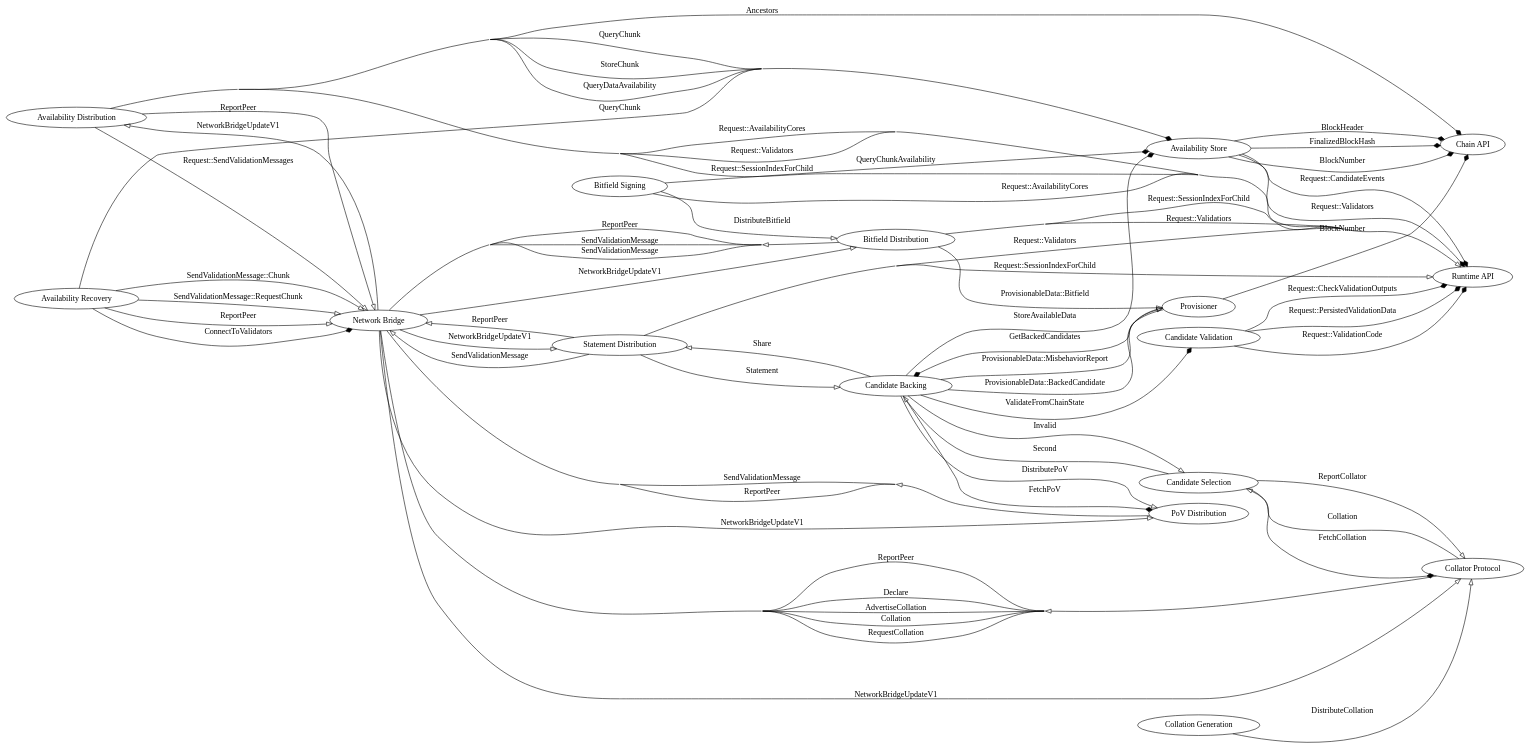
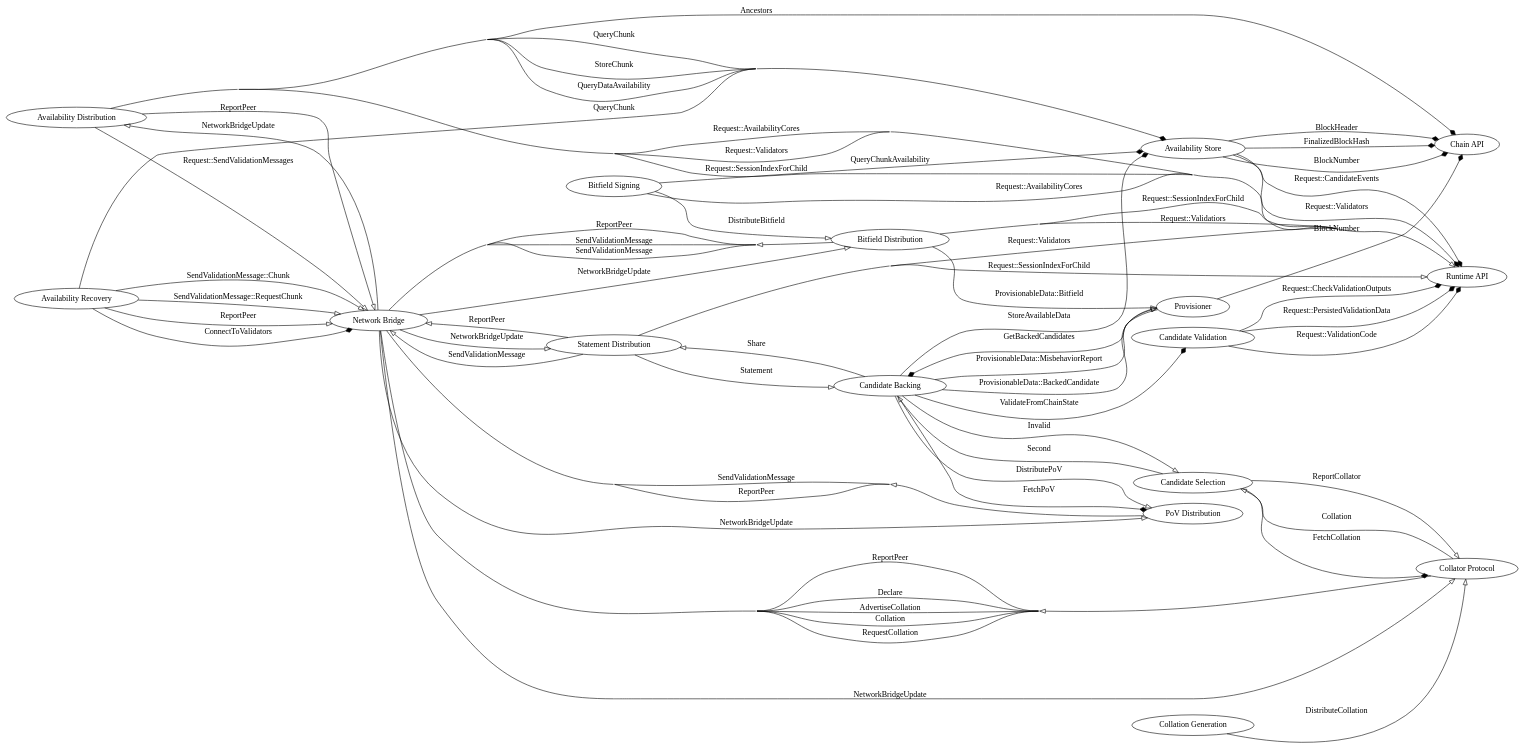
The first of 10 diagrams in roadmap/implementers-guide/src/node/subsystems-and-jobs.md (paritytech/polkadot), drawn with Graphviz before and after one commit. The commit also changed other lines of this file and 18 other files, not shown here.

Commit message:
remove V1 from NetworkBridgeUpdate

```diff
--- a/roadmap/implementers-guide/src/node/subsystems-and-jobs.md
+++ b/roadmap/implementers-guide/src/node/subsystems-and-jobs.md
@@ -103,11 +103,11 @@
     coll_prot   -> net_brdg     [arrowhead = "onormal", label = "RequestCollation"]
     coll_prot   -> cand_sel     [arrowhead = "onormal", label = "Collation"]
 
-    net_brdg    -> avail_dist   [arrowhead = "onormal", label = "NetworkBridgeUpdateV1"]
-    net_brdg    -> bitf_dist    [arrowhead = "onormal", label = "NetworkBridgeUpdateV1"]
-    net_brdg    -> pov_dist     [arrowhead = "onormal", label = "NetworkBridgeUpdateV1"]
-    net_brdg    -> stmt_dist    [arrowhead = "onormal", label = "NetworkBridgeUpdateV1"]
-    net_brdg    -> coll_prot    [arrowhead = "onormal", label = "NetworkBridgeUpdateV1"]
+    net_brdg    -> avail_dist   [arrowhead = "onormal", label = "NetworkBridgeUpdate"]
+    net_brdg    -> bitf_dist    [arrowhead = "onormal", label = "NetworkBridgeUpdate"]
+    net_brdg    -> pov_dist     [arrowhead = "onormal", label = "NetworkBridgeUpdate"]
+    net_brdg    -> stmt_dist    [arrowhead = "onormal", label = "NetworkBridgeUpdate"]
+    net_brdg    -> coll_prot    [arrowhead = "onormal", label = "NetworkBridgeUpdate"]
 
     pov_dist    -> net_brdg     [arrowhead = "onormal", label = "SendValidationMessage"]
     pov_dist    -> net_brdg     [arrowhead = "onormal", label = "ReportPeer"]
```
